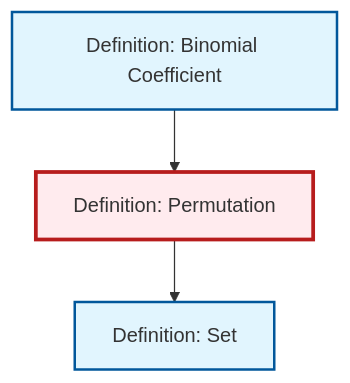
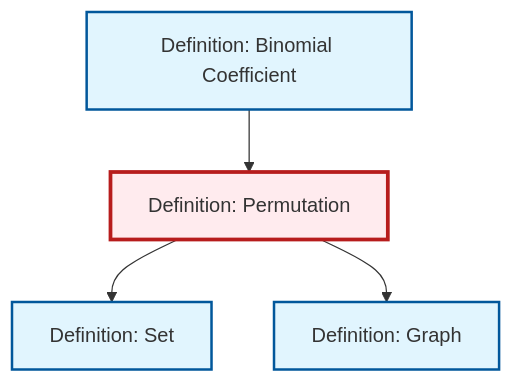
The diagram in content/ja/combinatorics/def-permutation.qmd (RK0429/ModernMath), drawn with Mermaid before and after one commit. The commit also changed 434 other files, not shown here.

````diff
--- a/content/ja/combinatorics/def-permutation.qmd
+++ b/content/ja/combinatorics/def-permutation.qmd
@@ -52,17 +52,20 @@
 ```{mermaid}
 %%| fig-cap: "Local dependency graph"
 graph TD
     classDef definition fill:#e1f5fe,stroke:#01579b,stroke-width:2px
     classDef theorem fill:#f3e5f5,stroke:#4a148c,stroke-width:2px
     classDef axiom fill:#fff3e0,stroke:#e65100,stroke-width:2px
     classDef example fill:#e8f5e9,stroke:#1b5e20,stroke-width:2px
     classDef current fill:#ffebee,stroke:#b71c1c,stroke-width:3px
+    def-set["Definition: Set"]:::definition
+    def-graph["Definition: Graph"]:::definition
+    def-permutation["Definition: Permutation"]:::definition
     def-binomial-coefficient["Definition: Binomial Coefficient"]:::definition
-    def-permutation["Definition: Permutation"]:::definition
-    def-set["Definition: Set"]:::definition
+    def-binomial-coefficient --> def-permutation
     def-permutation --> def-set
-    def-binomial-coefficient --> def-permutation
+    def-permutation --> def-graph
     class def-permutation current
+    click def-set "def-set.html" "Definition: Setへ"
+    click def-graph "def-graph.html" "Definition: Graphへ"
     click def-binomial-coefficient "def-binomial-coefficient.html" "Definition: Binomial Coefficientへ"
-    click def-set "def-set.html" "Definition: Setへ"
 ```
````
